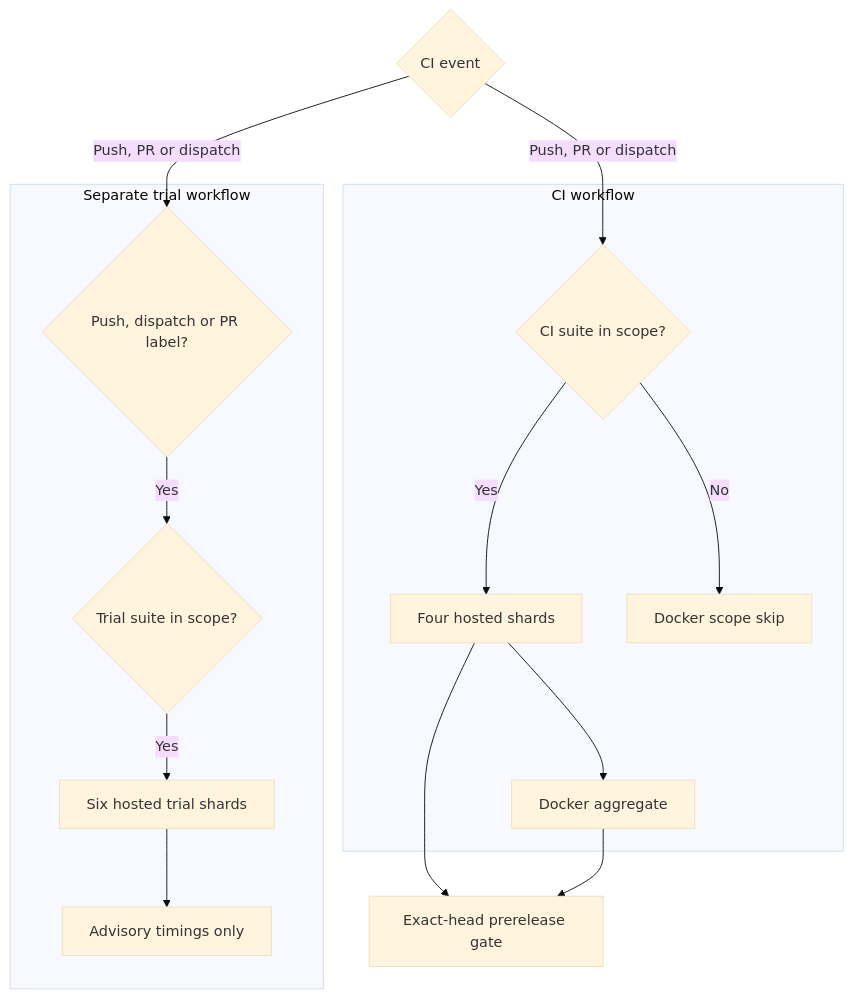
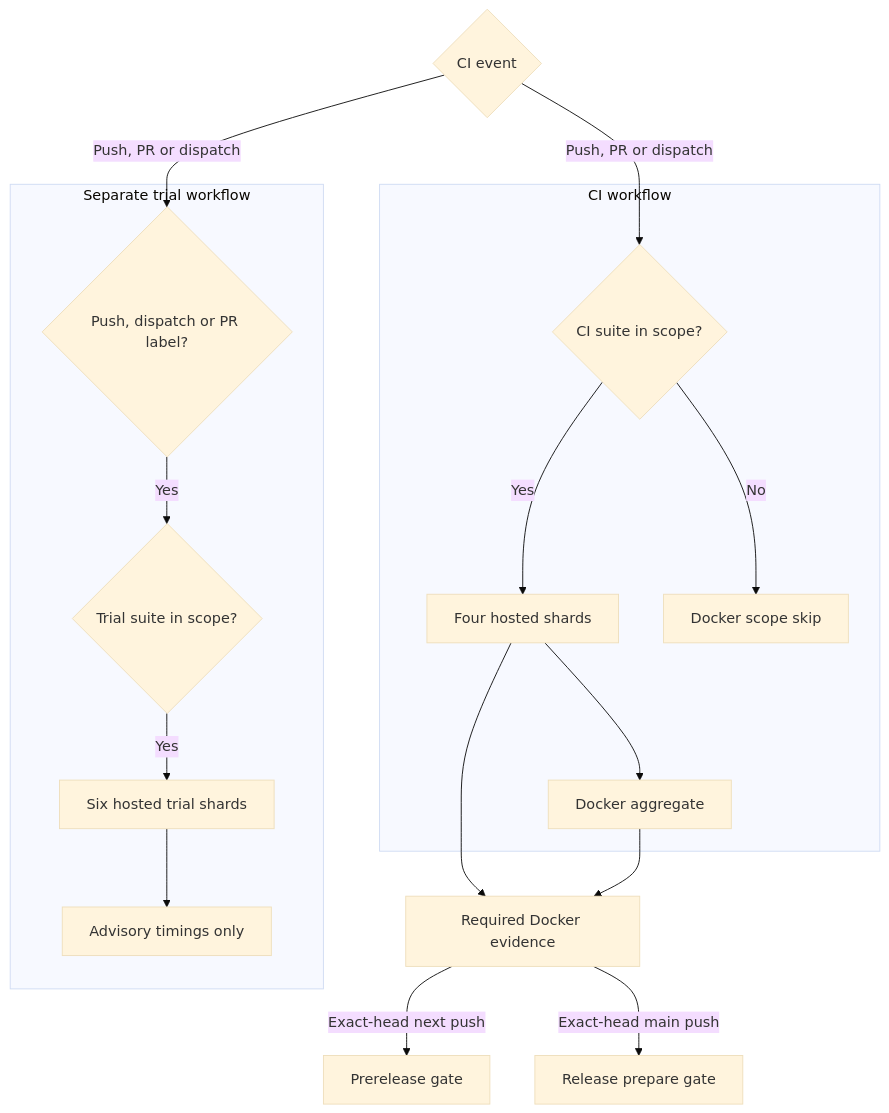
The diagram in docs/reference/docker-e2e-trial.mmd (hack-dance/hack), drawn with Mermaid (base theme) before and after one commit. The commit also changed 7 other files, not shown here.

```diff
--- a/docs/reference/docker-e2e-trial.mmd
+++ b/docs/reference/docker-e2e-trial.mmd
@@ -1,27 +1,29 @@
 flowchart TD
     event{CI event}
     event -->|Push, PR or dispatch| scope{CI suite in scope?}
     scope -->|Yes| four[Four hosted shards]
     scope -->|No| skip[Docker scope skip]
     four --> aggregate[Docker aggregate]
-    four --> release[Exact-head prerelease gate]
-    aggregate --> release
+    four --> evidence[Required Docker evidence]
+    aggregate --> evidence
+    evidence -->|Exact-head next push| prerelease[Prerelease gate]
+    evidence -->|Exact-head main push| release[Release prepare gate]
     event -->|Push, PR or dispatch| opt{Push, dispatch or PR label?}
     opt -->|Yes| trialscope{Trial suite in scope?}
     trialscope -->|Yes| six[Six hosted trial shards]
     six --> metrics[Advisory timings only]
     subgraph ci[CI workflow]
       scope
       four
       aggregate
       skip
     end
     subgraph trial[Separate trial workflow]
       opt
       trialscope
       six
       metrics
     end
     class four,six live
-    class release ok
+    class prerelease,release ok
     class skip idle
```
